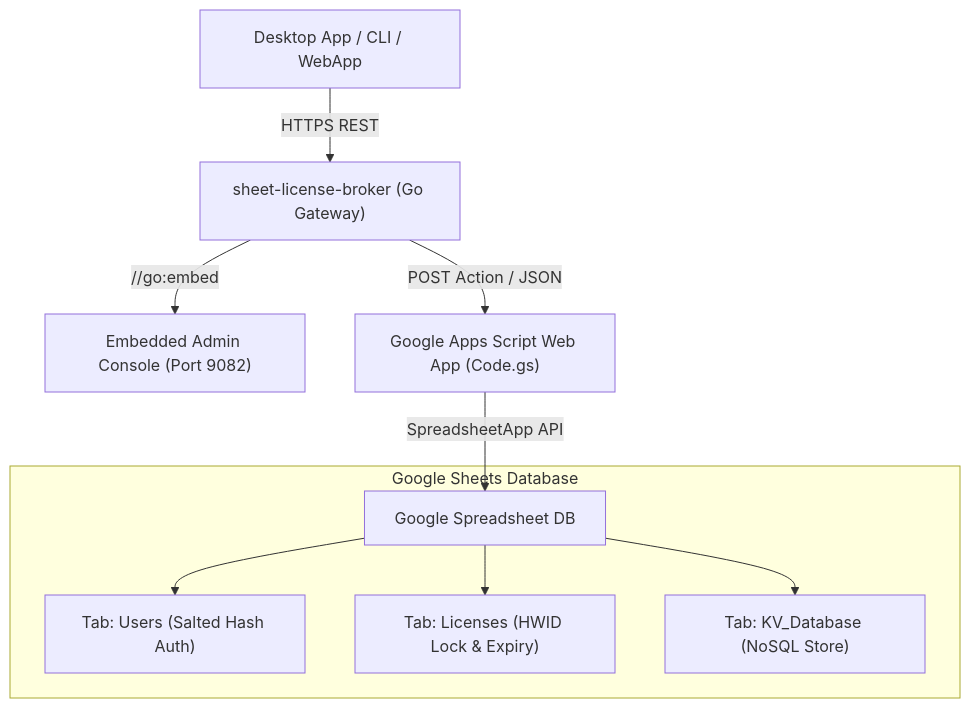
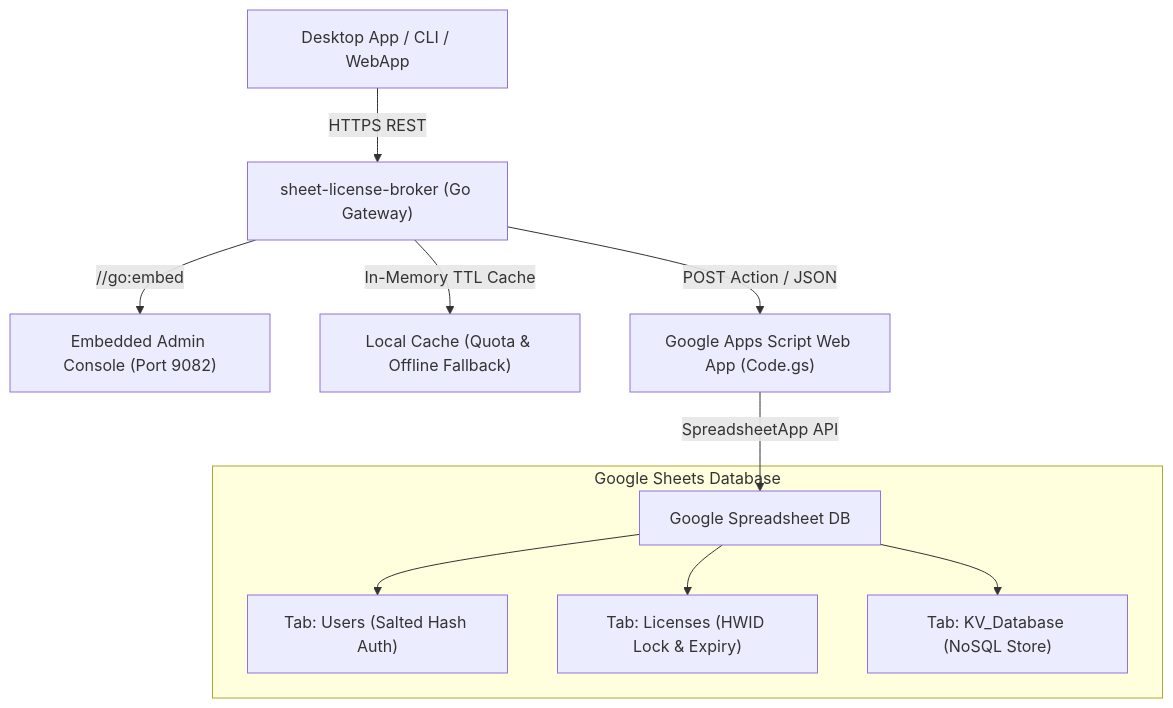
One commit to kLauncher1/sheet-license-broker changed the diagram in README.md. Above: the diagram before and after it, drawn with Mermaid. The commit also changed other lines of this file and 16 other files, not shown here.

Commit message:
feat: implement live Google Apps Script proxy with offline cache and clasp deployment

````diff
--- a/README.md
+++ b/README.md
@@ -33,13 +35,14 @@
 ```mermaid
 flowchart TD
     Client["Desktop App / CLI / WebApp"] -->|HTTPS REST| Broker["sheet-license-broker (Go Gateway)"]
     Broker -->|//go:embed| WebUI["Embedded Admin Console (Port 9082)"]
+    Broker -->|In-Memory TTL Cache| Cache["Local Cache (Quota & Offline Fallback)"]
     Broker -->|POST Action / JSON| GAS["Google Apps Script Web App (Code.gs)"]
     GAS -->|SpreadsheetApp API| Sheets["Google Spreadsheet DB"]
 
     subgraph Google Sheets Database
         Sheets --> Tab1["Tab: Users (Salted Hash Auth)"]
         Sheets --> Tab2["Tab: Licenses (HWID Lock & Expiry)"]
         Sheets --> Tab3["Tab: KV_Database (NoSQL Store)"]
     end
 ```
````
